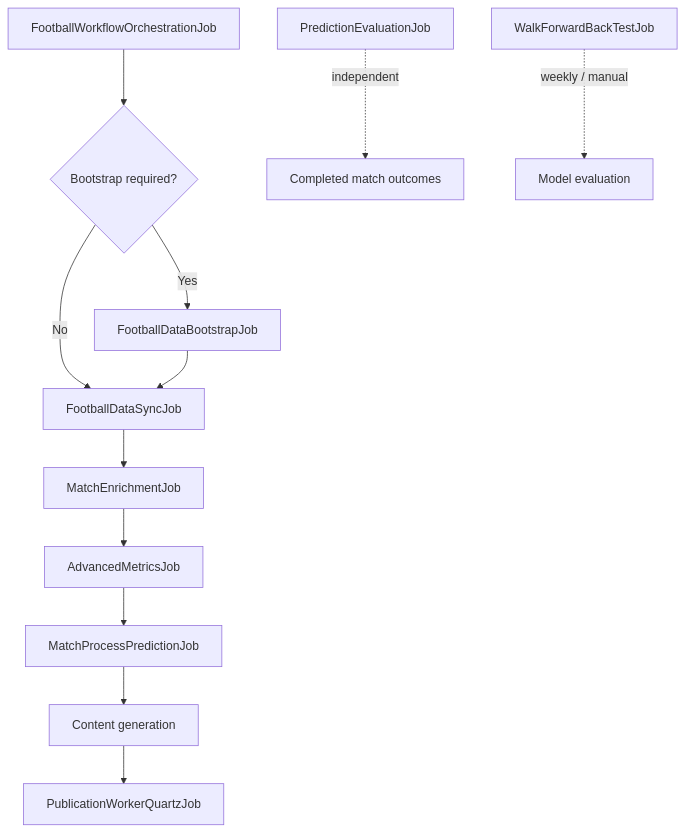
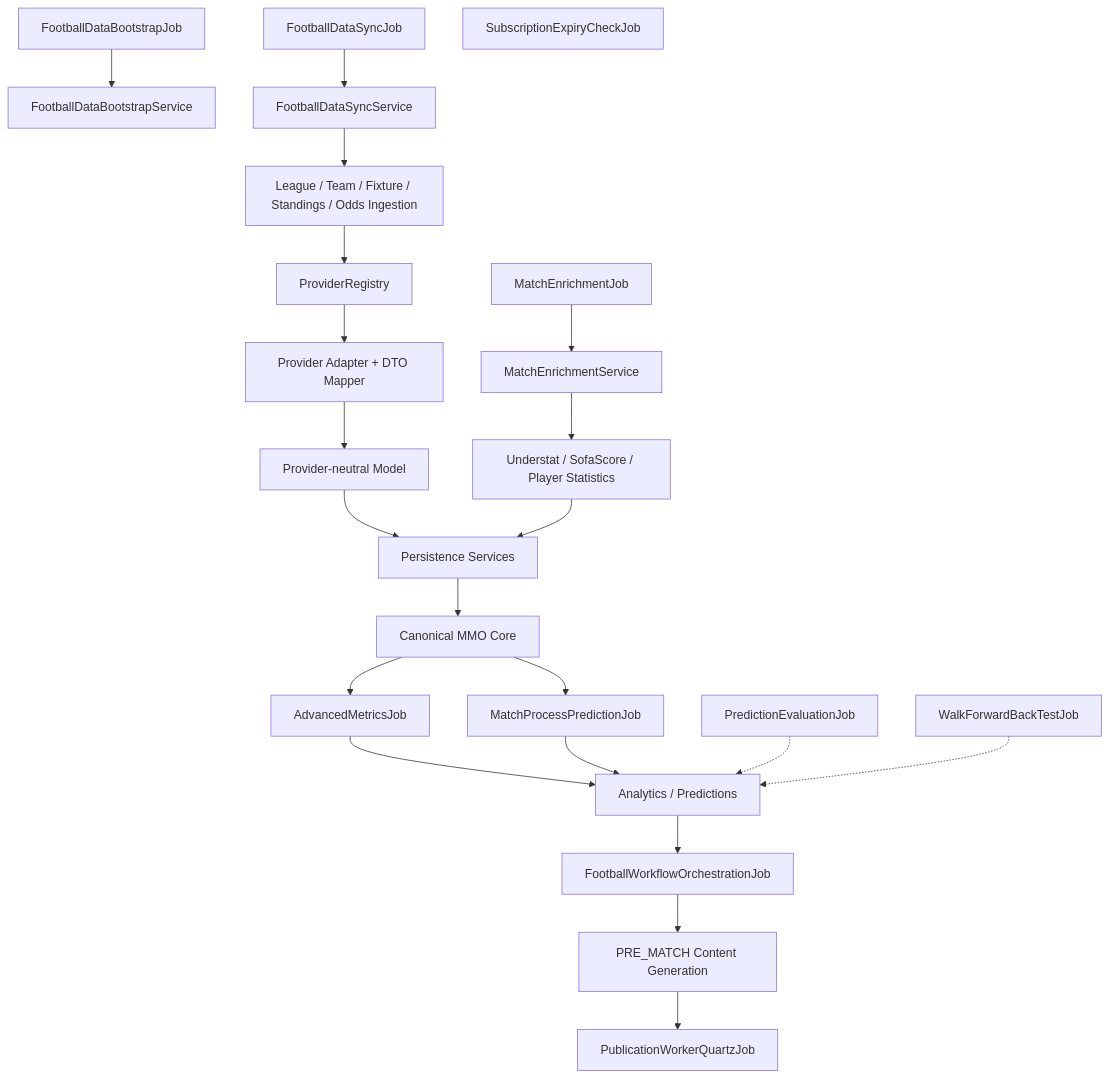
The diagram in docs/architecture/fb-job-flow-phase1-phase2.mmd (MinhHai12345/MMO), drawn with Mermaid before and after one commit. The commit also changed 25 other files, not shown here.

Commit message:
refactor(fb): enforce job and provider layer boundaries

```diff
--- a/docs/architecture/fb-job-flow-phase1-phase2.mmd
+++ b/docs/architecture/fb-job-flow-phase1-phase2.mmd
@@ -1,12 +1,22 @@
 flowchart TD
-    A[FootballWorkflowOrchestrationJob] --> B{Bootstrap required?}
-    B -->|Yes| C[FootballDataBootstrapJob]
-    B -->|No| D[FootballDataSyncJob]
-    C --> D
-    D --> E[MatchEnrichmentJob]
-    E --> F[AdvancedMetricsJob]
-    F --> G[MatchProcessPredictionJob]
-    G --> H[Content generation]
-    H --> I[PublicationWorkerQuartzJob]
-    J[PredictionEvaluationJob] -. independent .-> K[Completed match outcomes]
-    L[WalkForwardBackTestJob] -. weekly / manual .-> M[Model evaluation]
+    A[FootballDataBootstrapJob] --> B[FootballDataBootstrapService]
+    C[FootballDataSyncJob] --> D[FootballDataSyncService]
+    D --> E[League / Team / Fixture / Standings / Odds Ingestion]
+    E --> F[ProviderRegistry]
+    F --> G[Provider Adapter + DTO Mapper]
+    G --> H[Provider-neutral Model]
+    H --> I[Persistence Services]
+    J[MatchEnrichmentJob] --> K[MatchEnrichmentService]
+    K --> L[Understat / SofaScore / Player Statistics]
+    L --> I
+    I --> M[Canonical MMO Core]
+    M --> N[AdvancedMetricsJob]
+    M --> O[MatchProcessPredictionJob]
+    N --> P[Analytics / Predictions]
+    O --> P
+    P --> Q[FootballWorkflowOrchestrationJob]
+    Q --> R[PRE_MATCH Content Generation]
+    R --> S[PublicationWorkerQuartzJob]
+    T[PredictionEvaluationJob] -.-> P
+    U[WalkForwardBackTestJob] -.-> P
+    V[SubscriptionExpiryCheckJob]
```
